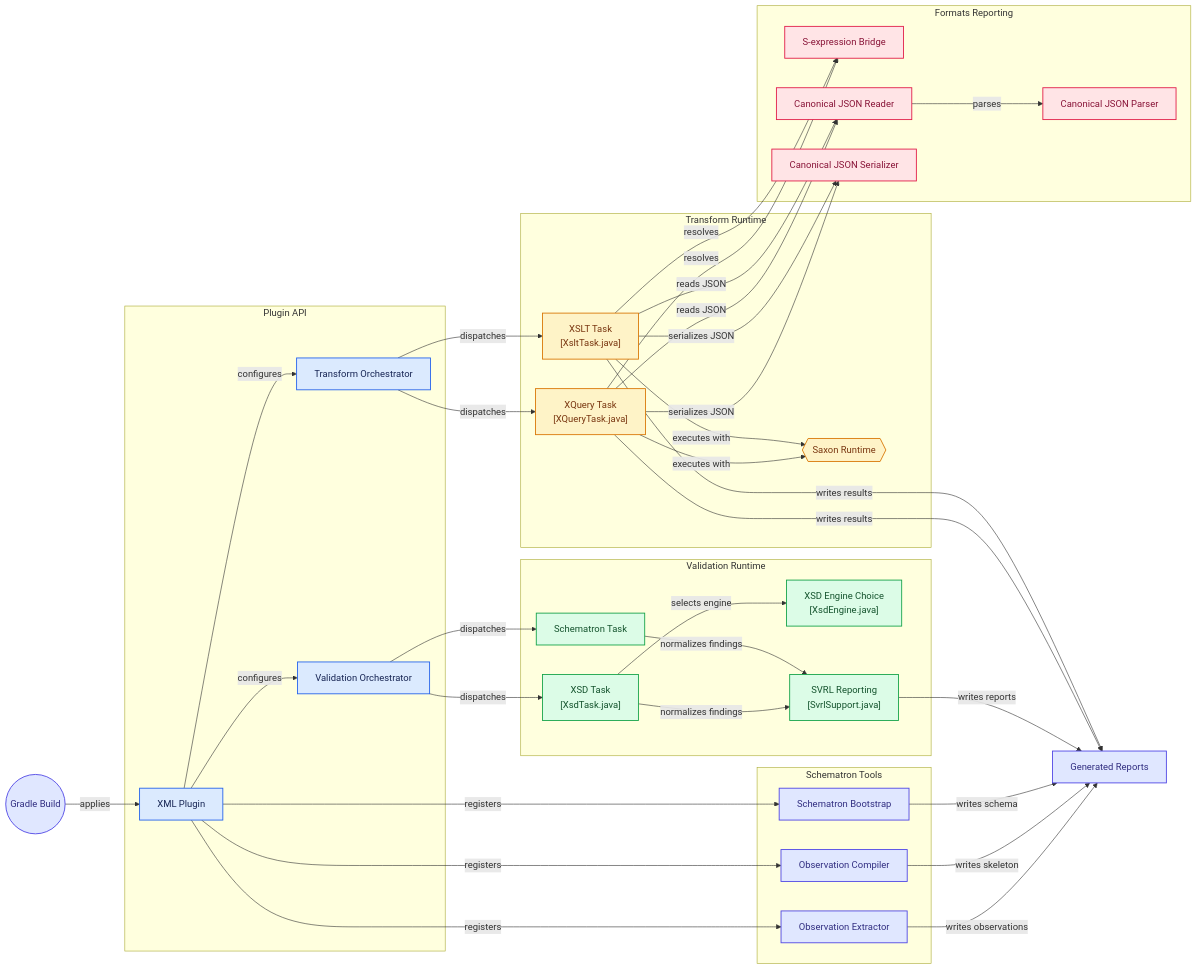
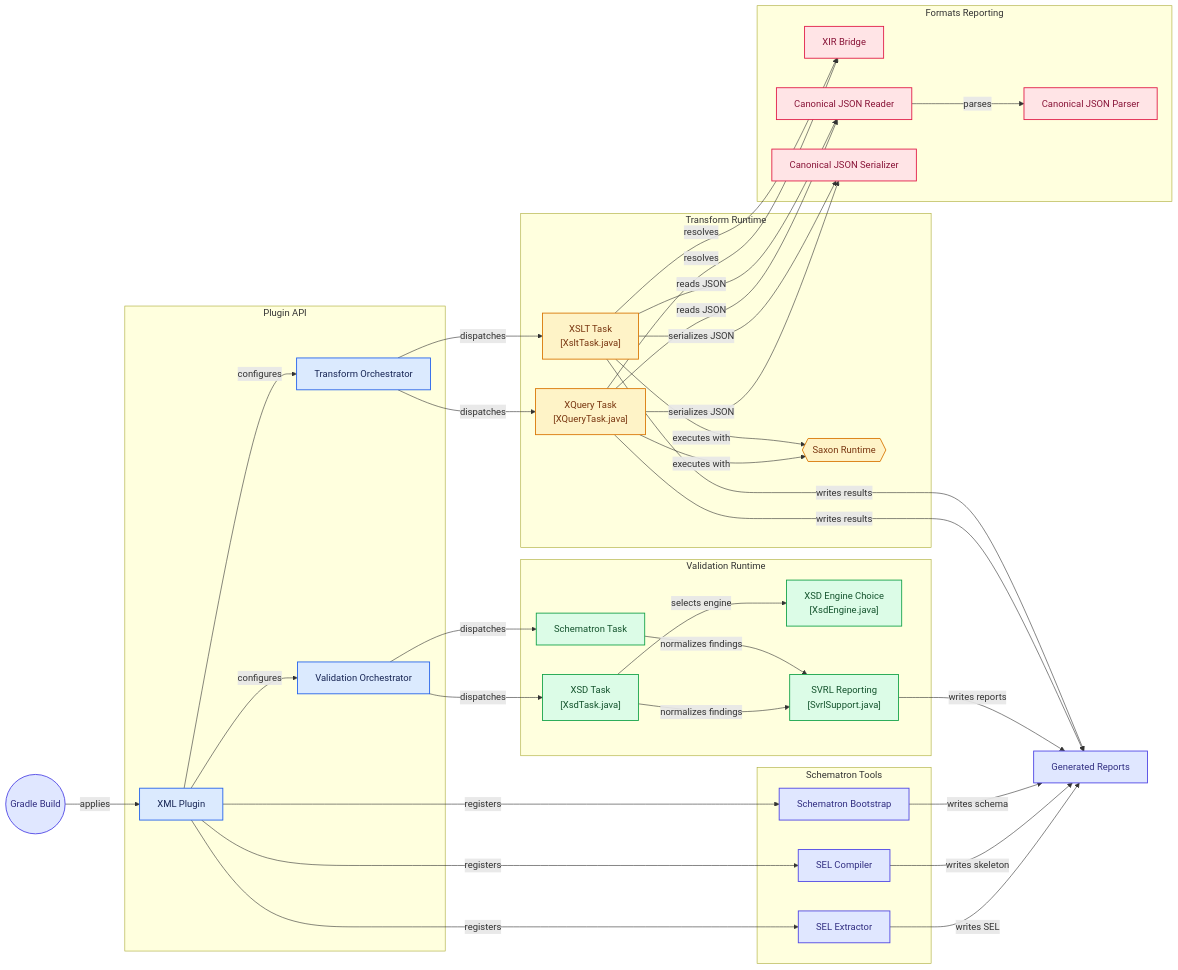
One commit to jurgenei/gradle-xml-plugin changed the diagram in ARCHITECTURE.md. Above: the diagram before and after it, drawn with Mermaid. The commit also changed 76 other files, not shown here.

````diff
--- a/ARCHITECTURE.md
+++ b/ARCHITECTURE.md
@@ -23,7 +23,7 @@
 end
 
 subgraph group_formats["Formats Reporting"]
-  node_sexpr_resolvers["S-expression Bridge"]
+  node_xir_resolvers["XIR Bridge"]
   node_json_parser["Canonical JSON Parser"]
   node_json_reader["Canonical JSON Reader"]
   node_json_serializer["Canonical JSON Serializer"]
@@ -31,8 +31,8 @@
 
 subgraph group_schematron["Schematron Tools"]
   node_bootstrap_task["Schematron Bootstrap"]
-  node_observation_compile["Observation Compiler"]
-  node_observation_extract["Observation Extractor"]
+  node_sel_compile["SEL Compiler"]
+  node_sel_extract["SEL Extractor"]
 end
 
 node_gradle_build(("Gradle Build"))
@@ -42,14 +42,14 @@
 node_xml_plugin -->|"configures"| node_transform_base
 node_xml_plugin -->|"configures"| node_validation_base
 node_xml_plugin -->|"registers"| node_bootstrap_task
-node_xml_plugin -->|"registers"| node_observation_compile
-node_xml_plugin -->|"registers"| node_observation_extract
+node_xml_plugin -->|"registers"| node_sel_compile
+node_xml_plugin -->|"registers"| node_sel_extract
 node_transform_base -->|"dispatches"| node_xslt_task
 node_transform_base -->|"dispatches"| node_xquery_task
 node_xslt_task -->|"executes with"| node_saxon_runtime
 node_xquery_task -->|"executes with"| node_saxon_runtime
-node_xslt_task -->|"resolves"| node_sexpr_resolvers
-node_xquery_task -->|"resolves"| node_sexpr_resolvers
+node_xslt_task -->|"resolves"| node_xir_resolvers
+node_xquery_task -->|"resolves"| node_xir_resolvers
 node_xslt_task -->|"reads JSON"| node_json_reader
 node_xquery_task -->|"reads JSON"| node_json_reader
 node_json_reader -->|"parses"| node_json_parser
@@ -64,15 +64,15 @@
 node_xsd_task -->|"normalizes findings"| node_svrl_support
 node_svrl_support -->|"writes reports"| node_generated_outputs
 node_bootstrap_task -->|"writes schema"| node_generated_outputs
-node_observation_compile -->|"writes skeleton"| node_generated_outputs
-node_observation_extract -->|"writes observations"| node_generated_outputs
+node_sel_compile -->|"writes skeleton"| node_generated_outputs
+node_sel_extract -->|"writes SEL"| node_generated_outputs
 
 click node_xml_plugin "https://github.com/jurgenei/gradle-xml-plugin/blob/main/src/main/java/name/jurgenei/gradle/xml/XmlTransformPlugin.java"
 click node_transform_base "https://github.com/jurgenei/gradle-xml-plugin/blob/main/src/main/java/name/jurgenei/gradle/xml/AbstractXmlTransformTask.java"
 click node_validation_base "https://github.com/jurgenei/gradle-xml-plugin/blob/main/src/main/java/name/jurgenei/gradle/xml/AbstractXmlValidationTask.java"
 click node_xslt_task "https://github.com/jurgenei/gradle-xml-plugin/blob/main/src/main/java/name/jurgenei/gradle/xml/XsltTask.java"
 click node_xquery_task "https://github.com/jurgenei/gradle-xml-plugin/blob/main/src/main/java/name/jurgenei/gradle/xml/XQueryTask.java"
-click node_sexpr_resolvers "https://github.com/jurgenei/gradle-xml-plugin/blob/main/src/main/java/name/jurgenei/gradle/xml/saxon/SaxonSexprResolvers.java"
+click node_xir_resolvers "https://github.com/jurgenei/gradle-xml-plugin/blob/main/src/main/java/name/jurgenei/gradle/xml/saxon/SaxonXirResolvers.java"
 click node_json_parser "https://github.com/jurgenei/gradle-xml-plugin/blob/main/src/main/java/name/jurgenei/gradle/xml/json/JsonCanonicalParser.java"
 click node_json_reader "https://github.com/jurgenei/gradle-xml-plugin/blob/main/src/main/java/name/jurgenei/gradle/xml/json/JsonCanonicalXmlReader.java"
 click node_json_serializer "https://github.com/jurgenei/gradle-xml-plugin/blob/main/src/main/java/name/jurgenei/gradle/xml/json/JsonCanonicalSerializer.java"
@@ -81,8 +81,8 @@
 click node_schematron_task "https://github.com/jurgenei/gradle-xml-plugin/blob/main/src/main/java/name/jurgenei/gradle/xml/SchematronTask.java"
 click node_xsd_task "https://github.com/jurgenei/gradle-xml-plugin/blob/main/src/main/java/name/jurgenei/gradle/xml/XsdTask.java"
 click node_bootstrap_task "https://github.com/jurgenei/gradle-xml-plugin/blob/main/src/main/java/name/jurgenei/gradle/xml/SchematronBootstrapTask.java"
-click node_observation_compile "https://github.com/jurgenei/gradle-xml-plugin/blob/main/src/main/java/name/jurgenei/gradle/xml/SchematronObservationCompileTask.java"
-click node_observation_extract "https://github.com/jurgenei/gradle-xml-plugin/blob/main/src/main/java/name/jurgenei/gradle/xml/SchematronExtractTask.java"
+click node_sel_compile "https://github.com/jurgenei/gradle-xml-plugin/blob/main/src/main/java/name/jurgenei/gradle/xml/SchematronSelCompileTask.java"
+click node_sel_extract "https://github.com/jurgenei/gradle-xml-plugin/blob/main/src/main/java/name/jurgenei/gradle/xml/SchematronSelExtractTask.java"
 
 classDef toneNeutral fill:#f8fafc,stroke:#334155,stroke-width:1.5px,color:#0f172a
 classDef toneBlue fill:#dbeafe,stroke:#2563eb,stroke-width:1.5px,color:#172554
@@ -94,6 +94,6 @@
 class node_xml_plugin,node_transform_base,node_validation_base toneBlue
 class node_xslt_task,node_xquery_task,node_saxon_runtime toneAmber
 class node_xsd_engine,node_svrl_support,node_schematron_task,node_xsd_task toneMint
-class node_sexpr_resolvers,node_json_parser,node_json_reader,node_json_serializer toneRose
-class node_bootstrap_task,node_observation_compile,node_observation_extract,node_gradle_build,node_generated_outputs toneIndigo
+class node_xir_resolvers,node_json_parser,node_json_reader,node_json_serializer toneRose
+class node_bootstrap_task,node_sel_compile,node_sel_extract,node_gradle_build,node_generated_outputs toneIndigo
 ```
````
